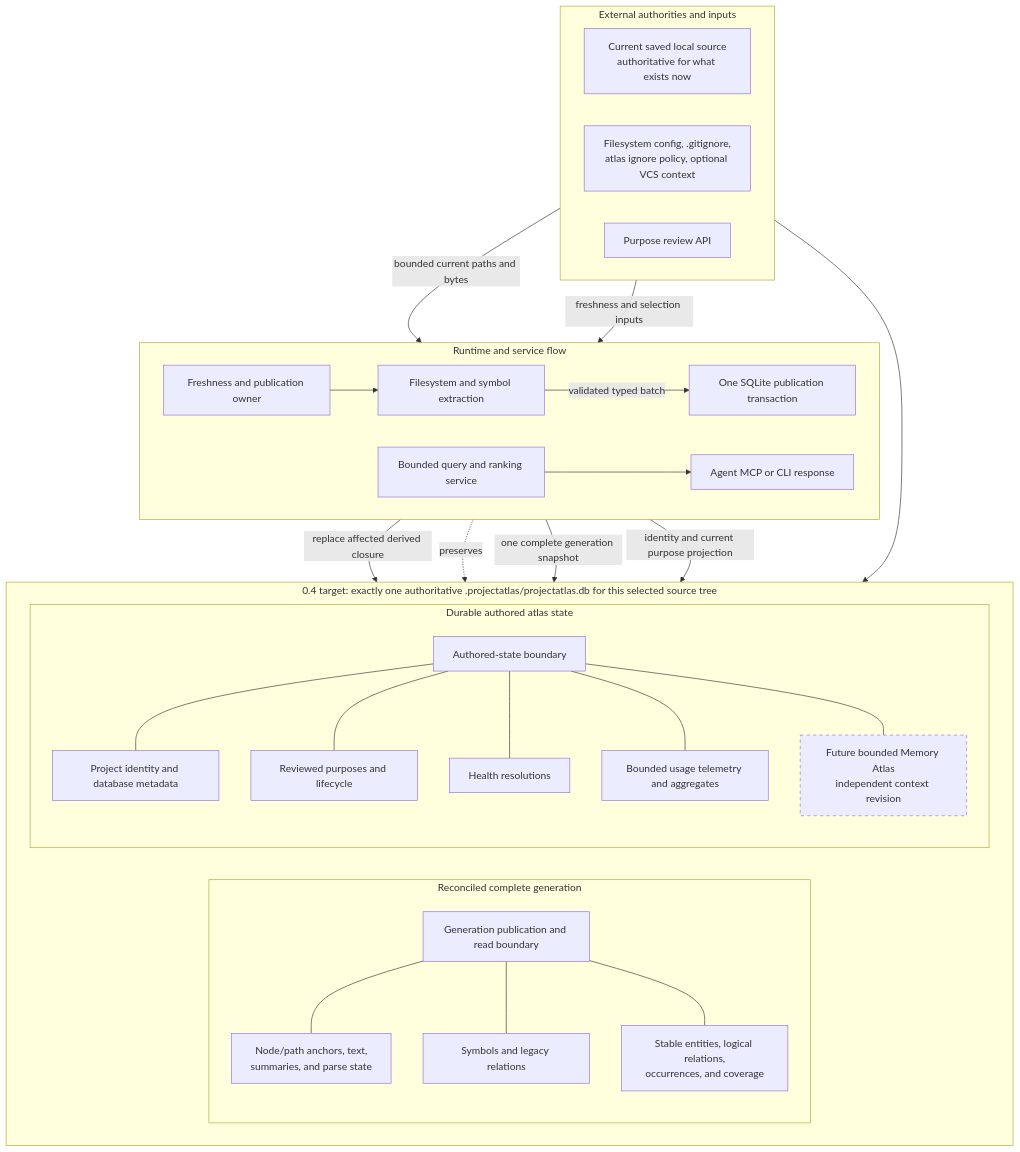
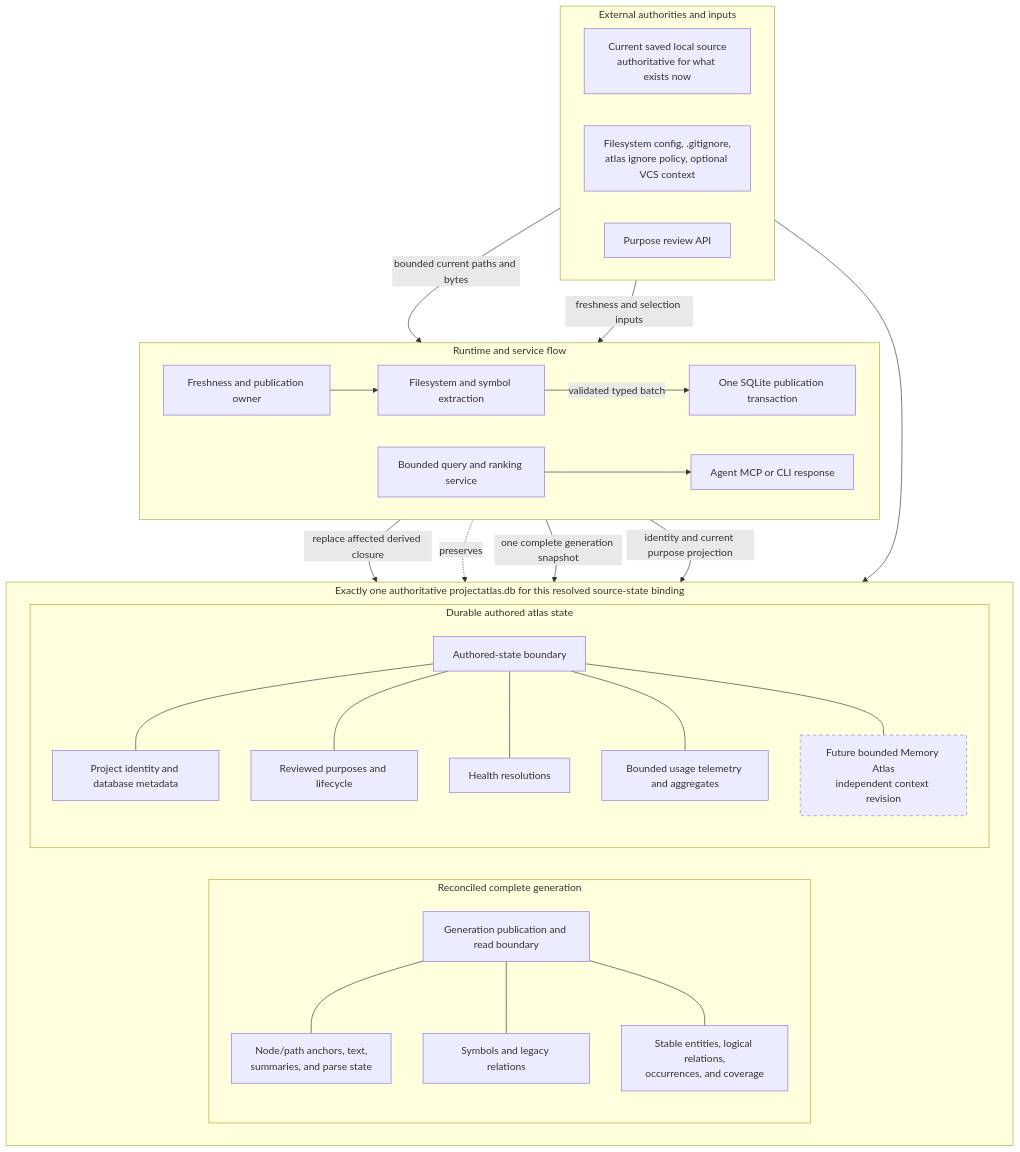
The third of 12 diagrams in docs/projectatlas-3-architecture.md (styler-ai/ProjectAtlas), drawn with Mermaid before and after one commit. The commit also changed other lines of this file and 14 other files, not shown here.

````diff
--- a/docs/projectatlas-3-architecture.md
+++ b/docs/projectatlas-3-architecture.md
@@ -302,59 +307,59 @@
 ```mermaid
 flowchart TB
     subgraph Inputs[External authorities and inputs]
         direction LR
         Source[Current saved local source<br/>authoritative for what exists now]
         Policy[Filesystem config, .gitignore,<br/>atlas ignore policy, optional VCS context]
         PurposeAPI[Purpose review API]
     end
 
     subgraph RuntimeFlow[Runtime and service flow]
         direction LR
         Runtime[Freshness and publication owner]
         Extract[Filesystem and symbol extraction]
         Publish[One SQLite publication transaction]
         Query[Bounded query and ranking service]
         Agent[Agent MCP or CLI response]
         Runtime --> Extract -->|validated typed batch| Publish
         Query --> Agent
     end
 
-    subgraph ProjectDB[0.4 target: exactly one authoritative .projectatlas/projectatlas.db for this selected source tree]
+    subgraph ProjectDB[Exactly one authoritative projectatlas.db for this resolved source-state binding]
         direction LR
         subgraph Derived[Reconciled complete generation]
             direction TB
             DerivedBoundary[Generation publication and read boundary]
             Nodes[Node/path anchors, text,<br/>summaries, and parse state]
             Symbols[Symbols and legacy relations]
             Graph[Stable entities, logical relations,<br/>occurrences, and coverage]
             DerivedBoundary --- Nodes
             DerivedBoundary --- Symbols
             DerivedBoundary --- Graph
         end
 
         subgraph Authored[Durable authored atlas state]
             direction TB
             AuthoredBoundary[Authored-state boundary]
             Identity[Project identity and database metadata]
             Purposes[Reviewed purposes and lifecycle]
             Health[Health resolutions]
             Telemetry[Bounded usage telemetry and aggregates]
             Memory[Future bounded Memory Atlas<br/>independent context revision]
             AuthoredBoundary --- Identity
             AuthoredBoundary --- Purposes
             AuthoredBoundary --- Health
             AuthoredBoundary --- Telemetry
             AuthoredBoundary --- Memory
         end
     end
 
     Source -->|bounded current paths and bytes| Extract
     Policy -->|freshness and selection inputs| Runtime
     PurposeAPI --> Purposes
     Publish -->|replace affected derived closure| DerivedBoundary
     Publish -. preserves .-> AuthoredBoundary
     Query -->|one complete generation snapshot| DerivedBoundary
     Query -->|identity and current purpose projection| AuthoredBoundary
     classDef future stroke-dasharray: 5 5
     class Memory future
 ```
````
